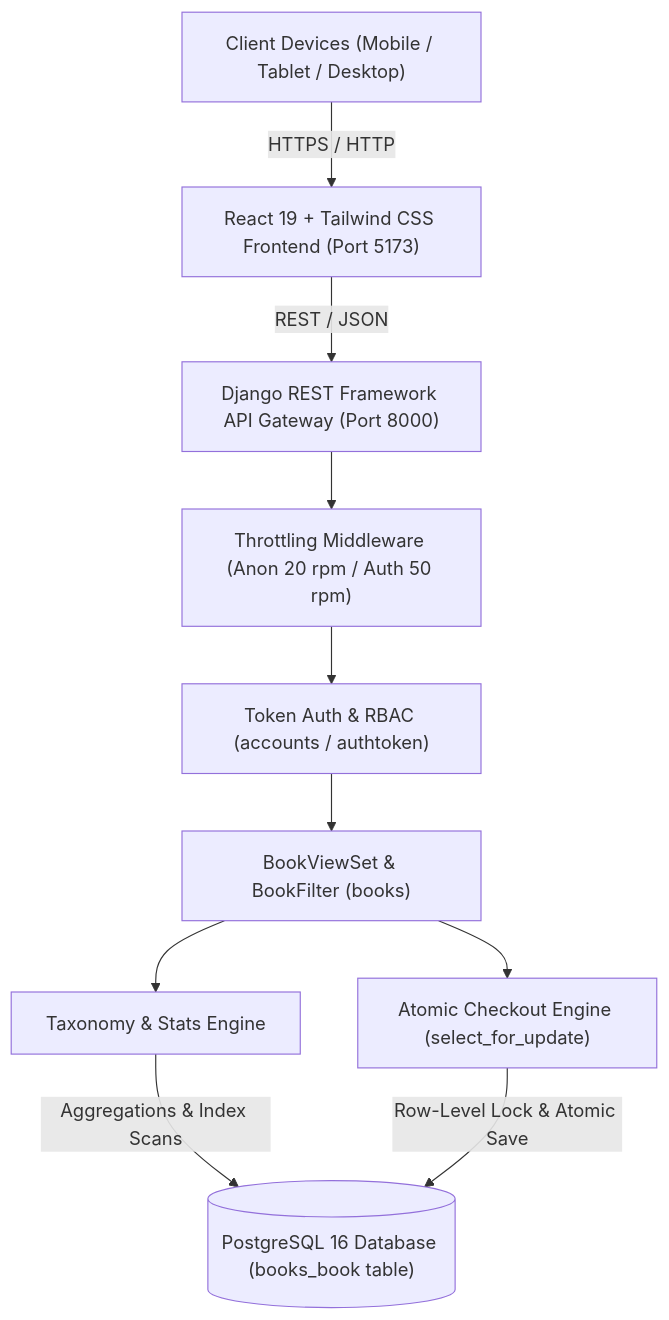
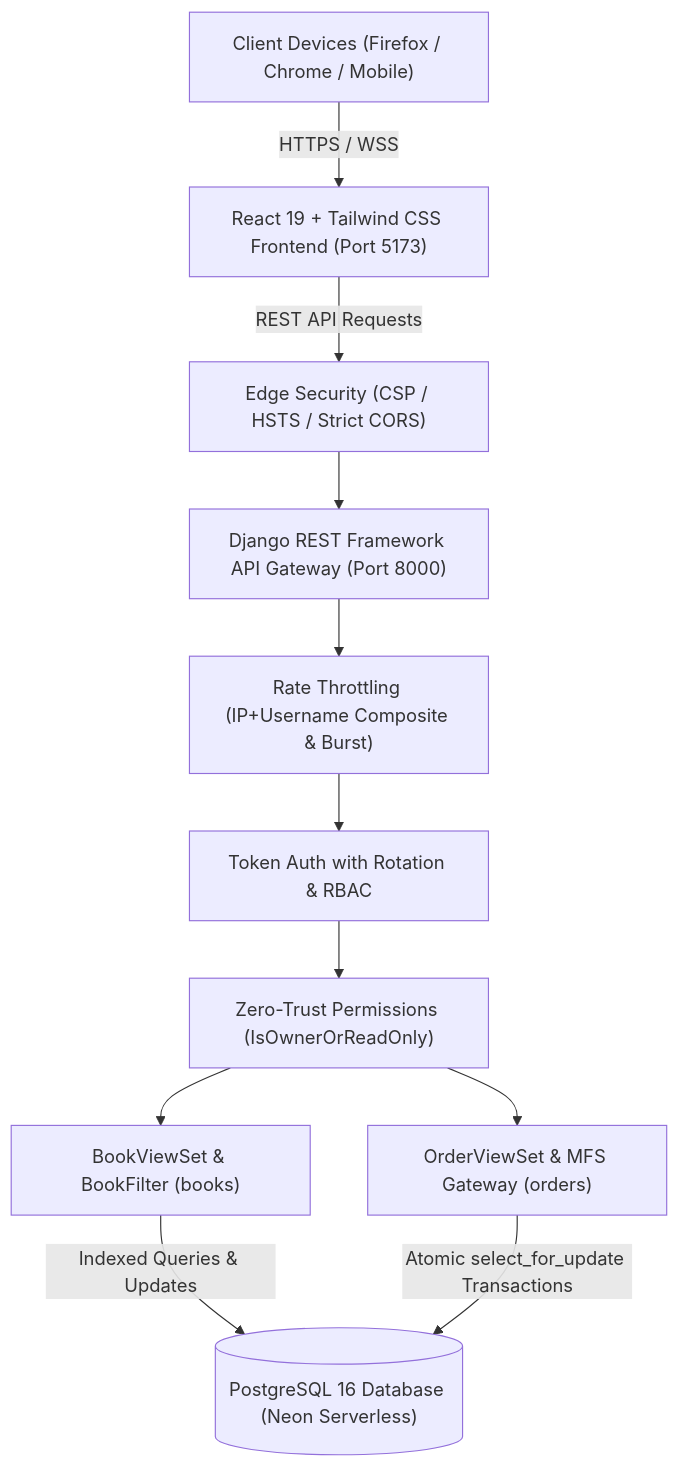
The diagram in doc/system.md (BipronathSaha12/FolioVerse), drawn with Mermaid before and after one commit. The commit also changed other lines of this file, not shown here.

Commit message:
docs(system): update architecture specification and security pipeline topology

````diff
--- a/doc/system.md
+++ b/doc/system.md
@@ -17,22 +18,24 @@
 ```mermaid
 graph TD
-    Client["Client Devices (Mobile / Tablet / Desktop)"]
+    Client["Client Devices (Firefox / Chrome / Mobile)"]
     ViteApp["React 19 + Tailwind CSS Frontend (Port 5173)"]
+    SecurityHeaders["Edge Security (CSP / HSTS / Strict CORS)"]
     DRF["Django REST Framework API Gateway (Port 8000)"]
-    Throttle["Throttling Middleware (Anon 20 rpm / Auth 50 rpm)"]
-    AuthModule["Token Auth & RBAC (accounts / authtoken)"]
+    Throttle["Rate Throttling (IP+Username Composite & Burst)"]
+    AuthModule["Token Auth with Rotation & RBAC"]
+    ZeroTrust["Zero-Trust Permissions (IsOwnerOrReadOnly)"]
     BookViewSet["BookViewSet & BookFilter (books)"]
-    TaxonomyEngine["Taxonomy & Stats Engine"]
-    BuyAction["Atomic Checkout Engine (select_for_update)"]
-    PostgreSQL[("PostgreSQL 16 Database (books_book table)")]
+    OrderViewSet["OrderViewSet & MFS Gateway (orders)"]
+    PostgreSQL[("PostgreSQL 16 Database (Neon Serverless)")]
 
-    Client -->|HTTPS / HTTP| ViteApp
-    ViteApp -->|REST / JSON| DRF
+    Client -->|HTTPS / WSS| ViteApp
+    ViteApp -->|REST API Requests| SecurityHeaders
+    SecurityHeaders --> DRF
     DRF --> Throttle
     Throttle --> AuthModule
-    AuthModule --> BookViewSet
-    BookViewSet --> TaxonomyEngine
-    BookViewSet --> BuyAction
-    TaxonomyEngine -->|Aggregations & Index Scans| PostgreSQL
-    BuyAction -->|Row-Level Lock & Atomic Save| PostgreSQL
+    AuthModule --> ZeroTrust
+    ZeroTrust --> BookViewSet
+    ZeroTrust --> OrderViewSet
+    BookViewSet -->|Indexed Queries & Updates| PostgreSQL
+    OrderViewSet -->|Atomic select_for_update Transactions| PostgreSQL
 ```
````
